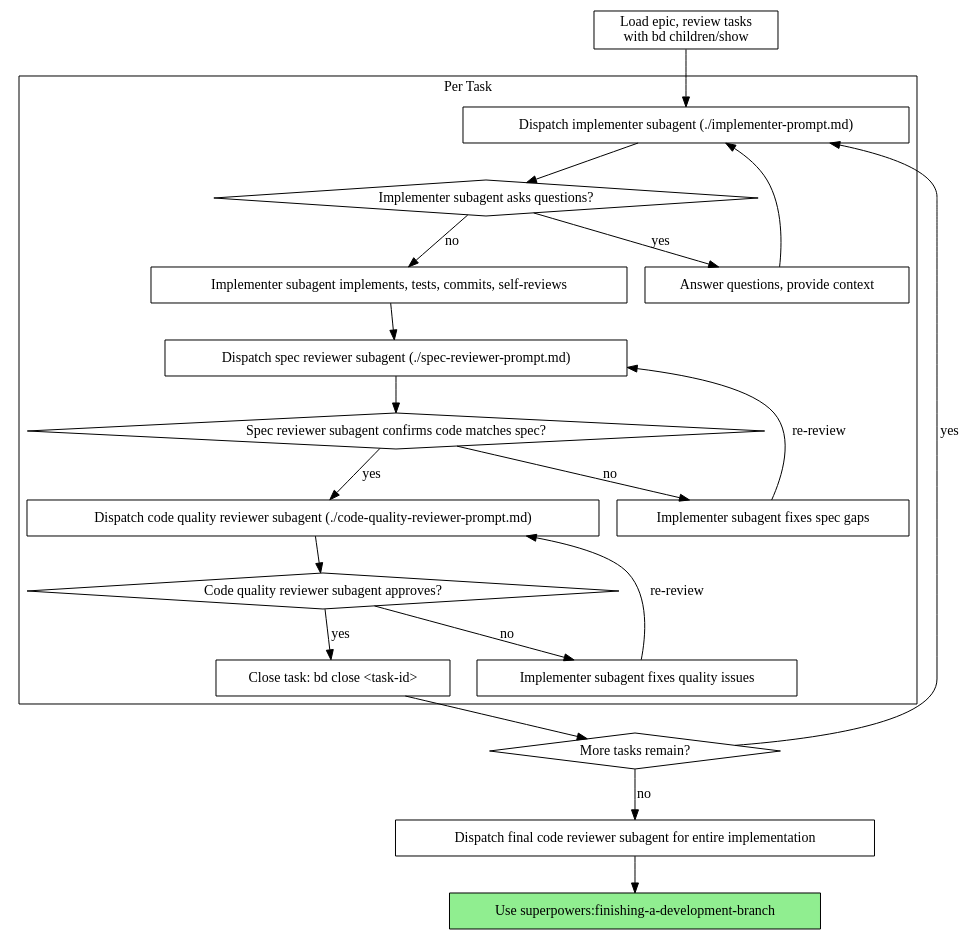
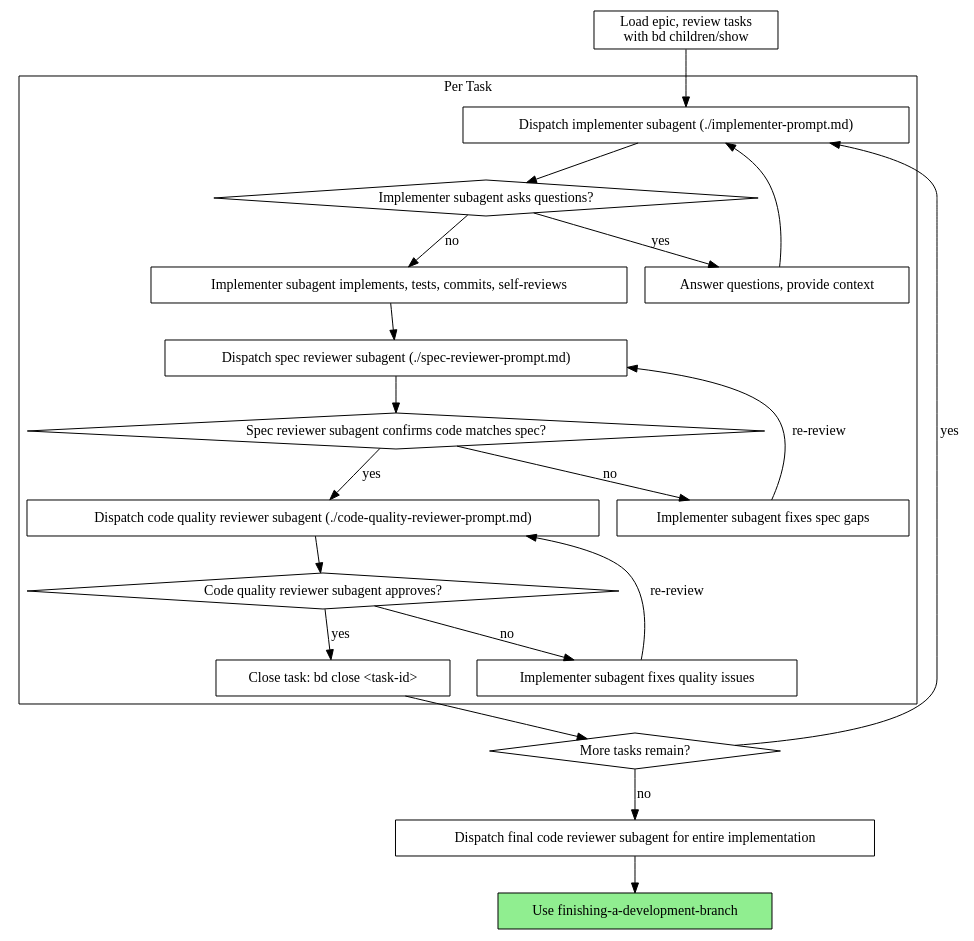
The second of 2 diagrams in .claude/skills/subagent-driven-development/SKILL.md (jwp23/spe), drawn with Graphviz before and after one commit. The commit also changed other lines of this file and 17 other files, not shown here.

````diff
--- a/.claude/skills/subagent-driven-development/SKILL.md
+++ b/.claude/skills/subagent-driven-development/SKILL.md
@@ -42,44 +42,44 @@
 ```dot
 digraph process {
     rankdir=TB;
 
     subgraph cluster_per_task {
         label="Per Task";
         "Dispatch implementer subagent (./implementer-prompt.md)" [shape=box];
         "Implementer subagent asks questions?" [shape=diamond];
         "Answer questions, provide context" [shape=box];
         "Implementer subagent implements, tests, commits, self-reviews" [shape=box];
         "Dispatch spec reviewer subagent (./spec-reviewer-prompt.md)" [shape=box];
         "Spec reviewer subagent confirms code matches spec?" [shape=diamond];
         "Implementer subagent fixes spec gaps" [shape=box];
         "Dispatch code quality reviewer subagent (./code-quality-reviewer-prompt.md)" [shape=box];
         "Code quality reviewer subagent approves?" [shape=diamond];
         "Implementer subagent fixes quality issues" [shape=box];
         "Close task: bd close <task-id>" [shape=box];
     }
 
     "Load epic, review tasks\nwith bd children/show" [shape=box];
     "More tasks remain?" [shape=diamond];
     "Dispatch final code reviewer subagent for entire implementation" [shape=box];
-    "Use superpowers:finishing-a-development-branch" [shape=box style=filled fillcolor=lightgreen];
+    "Use finishing-a-development-branch" [shape=box style=filled fillcolor=lightgreen];
 
     "Load epic, review tasks\nwith bd children/show" -> "Dispatch implementer subagent (./implementer-prompt.md)";
     "Dispatch implementer subagent (./implementer-prompt.md)" -> "Implementer subagent asks questions?";
     "Implementer subagent asks questions?" -> "Answer questions, provide context" [label="yes"];
     "Answer questions, provide context" -> "Dispatch implementer subagent (./implementer-prompt.md)";
     "Implementer subagent asks questions?" -> "Implementer subagent implements, tests, commits, self-reviews" [label="no"];
     "Implementer subagent implements, tests, commits, self-reviews" -> "Dispatch spec reviewer subagent (./spec-reviewer-prompt.md)";
     "Dispatch spec reviewer subagent (./spec-reviewer-prompt.md)" -> "Spec reviewer subagent confirms code matches spec?";
     "Spec reviewer subagent confirms code matches spec?" -> "Implementer subagent fixes spec gaps" [label="no"];
     "Implementer subagent fixes spec gaps" -> "Dispatch spec reviewer subagent (./spec-reviewer-prompt.md)" [label="re-review"];
     "Spec reviewer subagent confirms code matches spec?" -> "Dispatch code quality reviewer subagent (./code-quality-reviewer-prompt.md)" [label="yes"];
     "Dispatch code quality reviewer subagent (./code-quality-reviewer-prompt.md)" -> "Code quality reviewer subagent approves?";
     "Code quality reviewer subagent approves?" -> "Implementer subagent fixes quality issues" [label="no"];
     "Implementer subagent fixes quality issues" -> "Dispatch code quality reviewer subagent (./code-quality-reviewer-prompt.md)" [label="re-review"];
     "Code quality reviewer subagent approves?" -> "Close task: bd close <task-id>" [label="yes"];
     "Close task: bd close <task-id>" -> "More tasks remain?";
     "More tasks remain?" -> "Dispatch implementer subagent (./implementer-prompt.md)" [label="yes"];
     "More tasks remain?" -> "Dispatch final code reviewer subagent for entire implementation" [label="no"];
-    "Dispatch final code reviewer subagent for entire implementation" -> "Use superpowers:finishing-a-development-branch";
+    "Dispatch final code reviewer subagent for entire implementation" -> "Use finishing-a-development-branch";
 }
 ```
````
